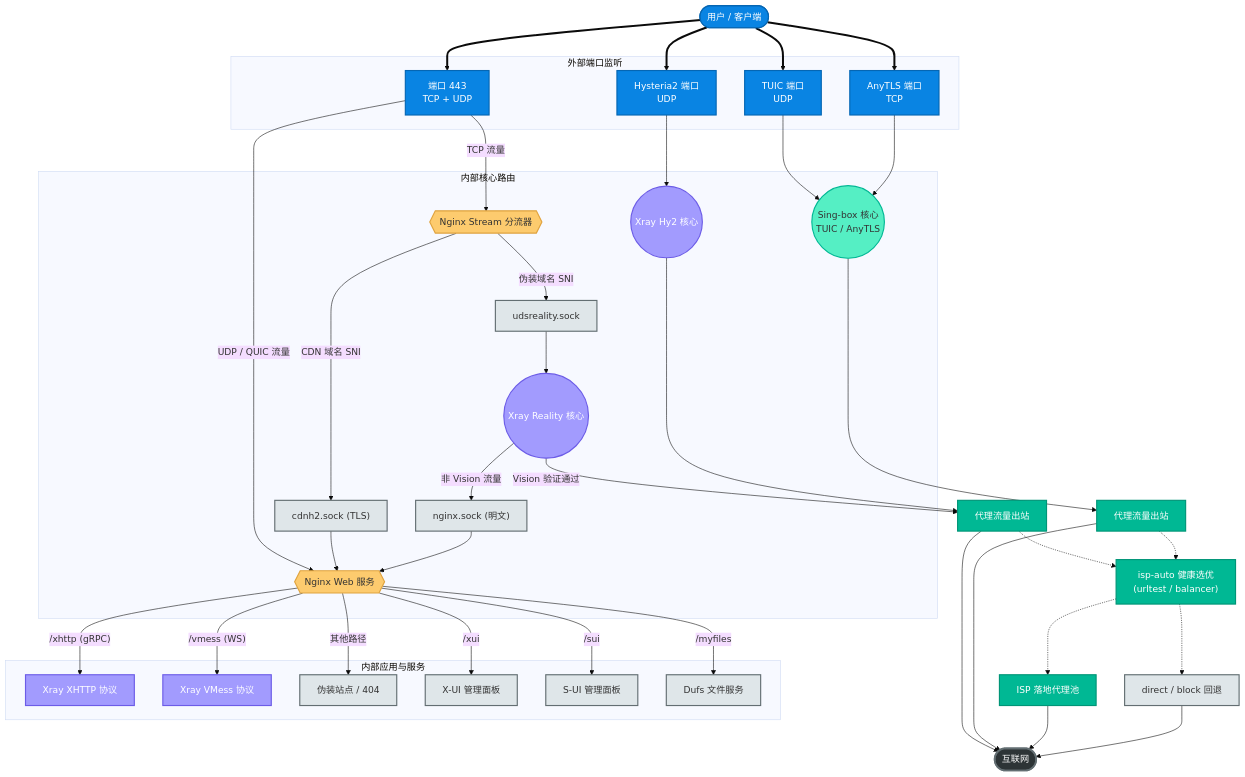
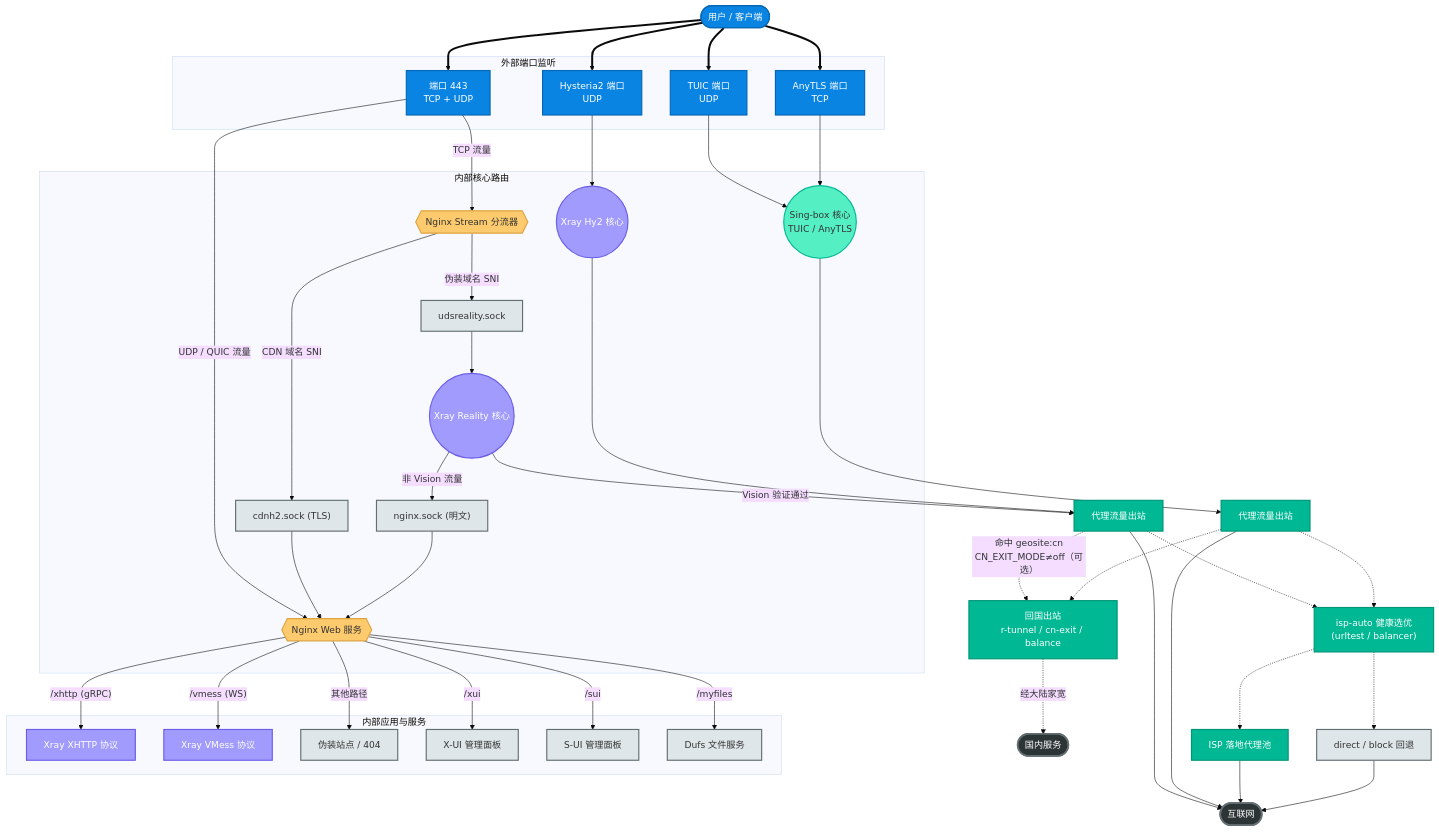
The first of 11 diagrams in docs/01-architecture-and-traffic.md (currycan/sb-xray), drawn with Mermaid (base theme) before and after one commit. The commit also changed other lines of this file and 4 other files, not shown here.

First line of the commit message:
docs: 回国 CN_EXIT_MODE 文档与架构图全面对齐

````diff
--- a/docs/01-architecture-and-traffic.md
+++ b/docs/01-architecture-and-traffic.md
@@ -47,75 +47,79 @@
 ```mermaid
 flowchart TD
     classDef entry    fill:#0984e3,stroke:#0566b3,stroke-width:2px,color:#fff
     classDef gateway  fill:#fdcb6e,stroke:#e0a33e,stroke-width:2px,color:#333
     classDef xray     fill:#a29bfe,stroke:#6c5ce7,stroke-width:2px,color:#fff
     classDef sing     fill:#55efc4,stroke:#00b894,stroke-width:2px,color:#333
     classDef app      fill:#dfe6e9,stroke:#636e72,stroke-width:2px,color:#333
     classDef outbound fill:#00b894,stroke:#009577,stroke-width:2px,color:#fff
     classDef external fill:#2d3436,stroke:#636e72,stroke-width:3px,color:#fff
 
     User(["用户 / 客户端"]):::entry
 
     subgraph Ports ["外部端口监听"]
         P443["端口 443<br/>TCP + UDP"]:::entry
         PHysteria["Hysteria2 端口<br/>UDP"]:::entry
         PTuic["TUIC 端口<br/>UDP"]:::entry
         PAnyTLS["AnyTLS 端口<br/>TCP"]:::entry
     end
 
     User ==> P443
     User ==> PHysteria
     User ==> PTuic
     User ==> PAnyTLS
 
     subgraph Core ["内部核心路由"]
         NginxStream{{"Nginx Stream 分流器"}}:::gateway
         NginxWeb{{"Nginx Web 服务"}}:::gateway
         XrayReality(("Xray Reality 核心")):::xray
         XrayHy2(("Xray Hy2 核心")):::xray
         SingBox(("Sing-box 核心<br/>TUIC / AnyTLS")):::sing
         UDS_Reality["udsreality.sock"]:::app
         UDS_CDN["cdnh2.sock (TLS)"]:::app
         UDS_Nginx["nginx.sock (明文)"]:::app
     end
 
     P443 -- "TCP 流量" --> NginxStream
     P443 -- "UDP / QUIC 流量" --> NginxWeb
 
     NginxStream -- "伪装域名 SNI" --> UDS_Reality --> XrayReality
     NginxStream -- "CDN 域名 SNI" --> UDS_CDN --> NginxWeb
 
     XrayReality -- "Vision 验证通过" --> ProxyOut1["代理流量出站"]:::outbound
     XrayReality -- "非 Vision 流量" --> UDS_Nginx
     UDS_Nginx --> NginxWeb
 
     PHysteria --> XrayHy2 --> ProxyOut1
     PTuic --> SingBox
     PAnyTLS --> SingBox
     SingBox --> ProxyOut2["代理流量出站"]:::outbound
 
     ProxyOut1 -.-> ISPAuto["isp-auto 健康选优<br/>(urltest / balancer)"]:::outbound
     ProxyOut2 -.-> ISPAuto
     ISPAuto -.-> ISP["ISP 落地代理池"]:::outbound
     ISPAuto -.-> DirectFB["direct / block 回退"]:::app
     ProxyOut1 --> Internet(["互联网"]):::external
     ProxyOut2 --> Internet
     ISP --> Internet
     DirectFB --> Internet
 
+    ProxyOut1 -. "命中 geosite:cn<br/>CN_EXIT_MODE≠off（可选）" .-> CNExit["回国出站<br/>r-tunnel / cn-exit / balance"]:::outbound
+    ProxyOut2 -.-> CNExit
+    CNExit -. "经大陆家宽" .-> CNHome(["国内服务"]):::external
+
     subgraph Apps ["内部应用与服务"]
         AppXHTTP["Xray XHTTP 协议"]:::xray
         AppVMess["Xray VMess 协议"]:::xray
         AppWeb["伪装站点 / 404"]:::app
         AppXUI["X-UI 管理面板"]:::app
         AppSUI["S-UI 管理面板"]:::app
         AppFiles["Dufs 文件服务"]:::app
     end
 
     NginxWeb -- "/xhttp (gRPC)" --> AppXHTTP
     NginxWeb -- "/vmess (WS)" --> AppVMess
     NginxWeb -- "/xui" --> AppXUI
     NginxWeb -- "/sui" --> AppSUI
     NginxWeb -- "/myfiles" --> AppFiles
     NginxWeb -- "其他路径" --> AppWeb
 ```
````
